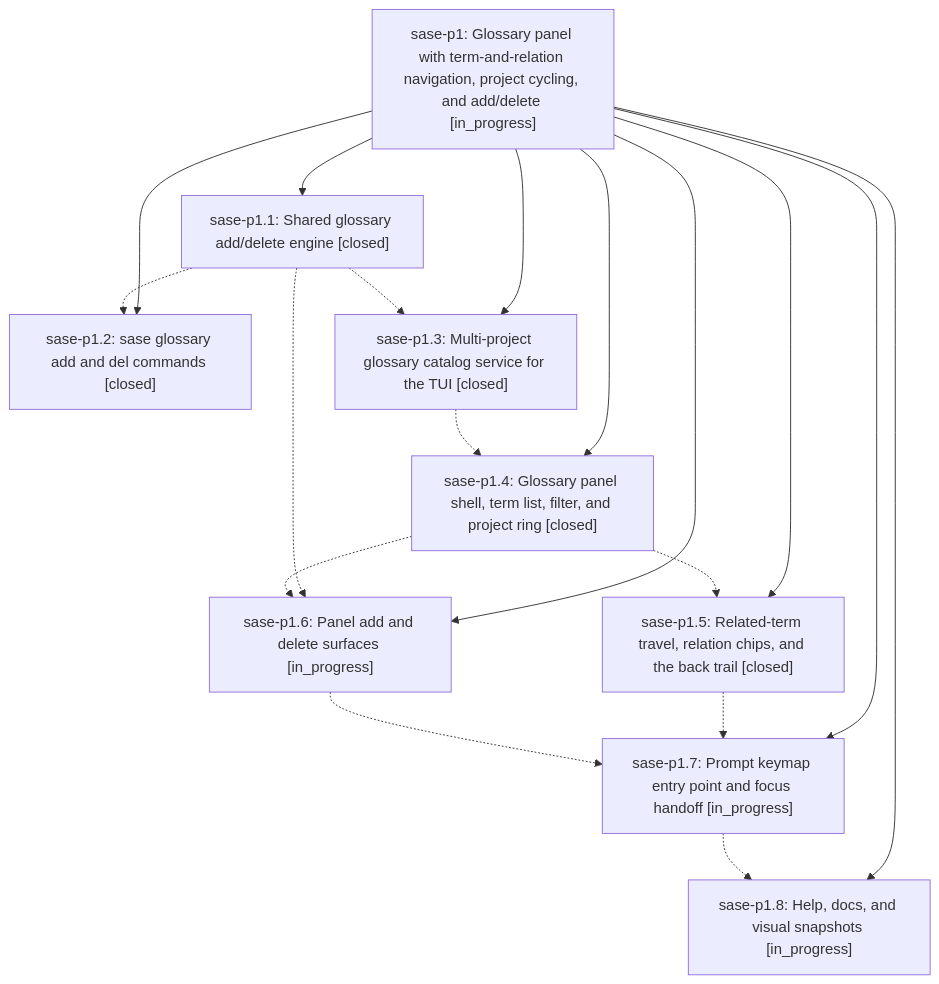
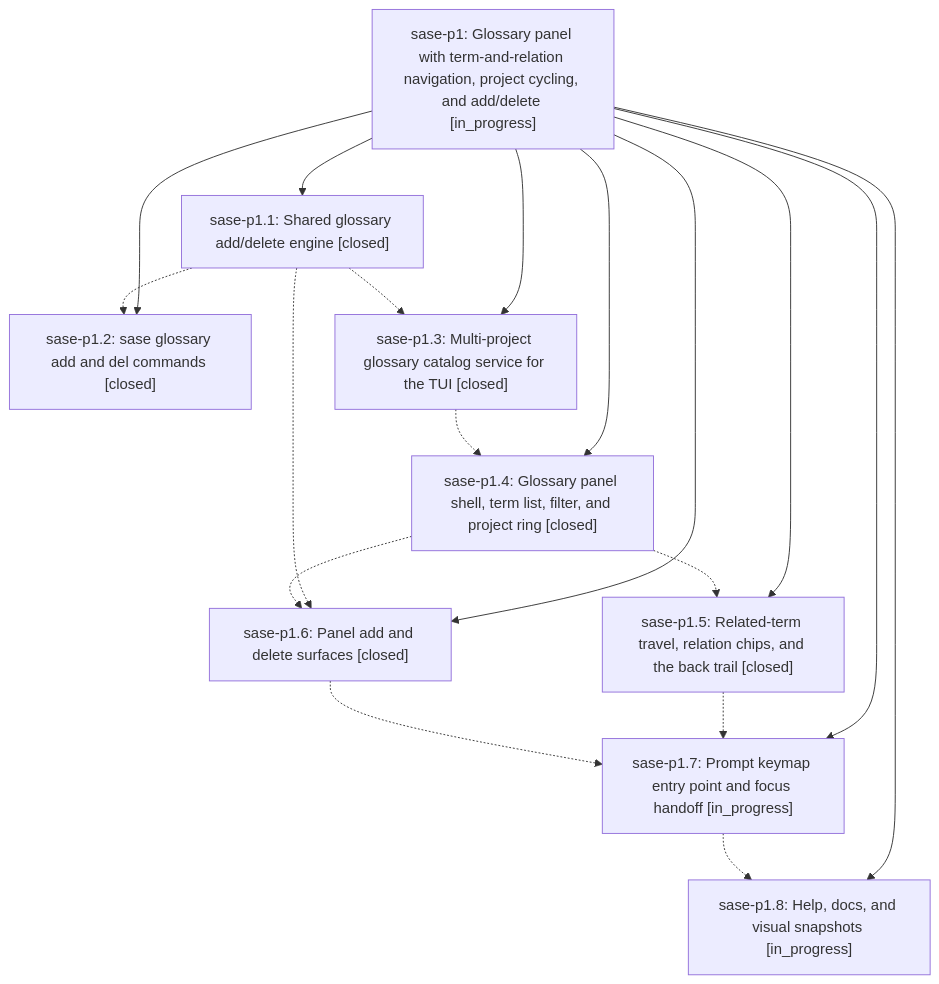
One commit to sase-org/sase--beads changed the diagram in pages/sase-p1/README.md. Above: the diagram before and after it, drawn with Mermaid. The commit also changed other lines of this file and 4 other files, not shown here.

````diff
--- a/pages/sase-p1/README.md
+++ b/pages/sase-p1/README.md
@@ -39,29 +39,29 @@
 ```mermaid
 flowchart TD
     n0["sase-p1: Glossary panel with term-and-relation navigation, project cycling, and add/delete [in_progress]"]
     n1["sase-p1.1: Shared glossary add/delete engine [closed]"]
     n2["sase-p1.2: sase glossary add and del commands [closed]"]
     n3["sase-p1.3: Multi-project glossary catalog service for the TUI [closed]"]
     n4["sase-p1.4: Glossary panel shell, term list, filter, and project ring [closed]"]
     n5["sase-p1.5: Related-term travel, relation chips, and the back trail [closed]"]
-    n6["sase-p1.6: Panel add and delete surfaces [in_progress]"]
+    n6["sase-p1.6: Panel add and delete surfaces [closed]"]
     n7["sase-p1.7: Prompt keymap entry point and focus handoff [in_progress]"]
     n8["sase-p1.8: Help, docs, and visual snapshots [in_progress]"]
     n0 --> n1
     n0 --> n2
     n0 --> n3
     n0 --> n4
     n0 --> n5
     n0 --> n6
     n0 --> n7
     n0 --> n8
     n1 -.-> n2
     n1 -.-> n3
     n1 -.-> n6
     n3 -.-> n4
     n4 -.-> n5
     n4 -.-> n6
     n5 -.-> n7
     n6 -.-> n7
     n7 -.-> n8
 ```
````
